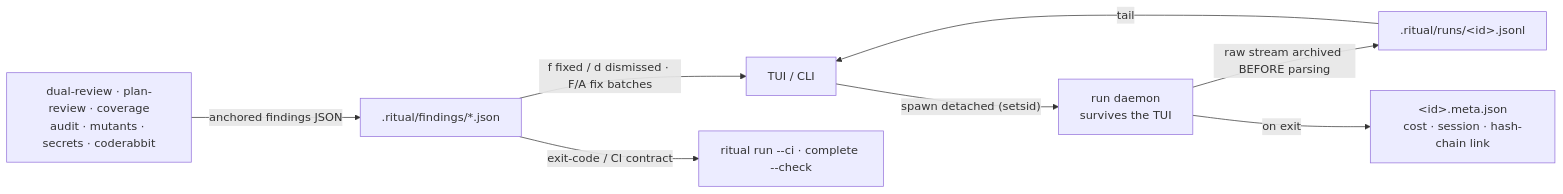
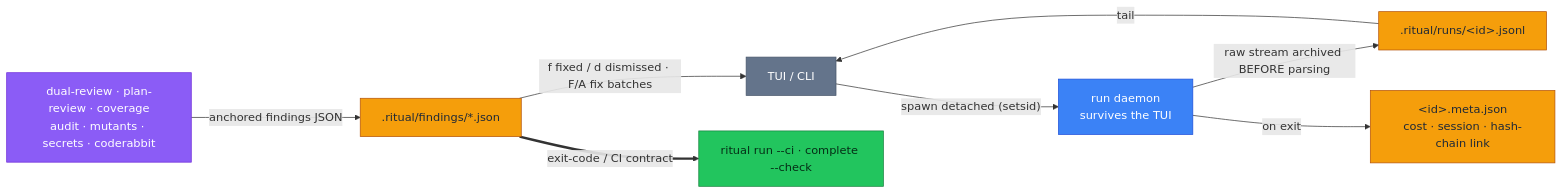
The third of 3 diagrams in README.md (2Tricky4u/Ritual), drawn with Mermaid before and after one commit. The commit also changed other lines of this file, not shown here.

First line of the commit message:
docs(readme): color the mermaid diagrams with a consistent semantic palette

````diff
--- a/README.md
+++ b/README.md
@@ -188,10 +217,22 @@
 ```mermaid
 flowchart LR
     ui["TUI / CLI"] -->|"spawn detached (setsid)"| daemon["run daemon<br/>survives the TUI"]
     daemon -->|"raw stream archived BEFORE parsing"| runs[".ritual/runs/&lt;id&gt;.jsonl"]
     daemon -->|on exit| meta["&lt;id&gt;.meta.json<br/>cost · session · hash-chain link"]
     runs -->|tail| ui
     gates["dual-review · plan-review · coverage<br/>audit · mutants · secrets · coderabbit"] -->|"anchored findings JSON"| findings[".ritual/findings/*.json"]
     findings -->|"f fixed / d dismissed · F/A fix batches"| ui
-    findings -->|"exit-code / CI contract"| ci["ritual run --ci · complete --check"]
+    findings ==>|"exit-code / CI contract"| ci["ritual run --ci · complete --check"]
+
+    %% slate = your terminal · blue = ritual machinery · amber = artifacts · purple = gates · green = CI verdict
+    classDef term fill:#64748b,stroke:#475569,color:#ffffff
+    classDef machine fill:#3b82f6,stroke:#1d4ed8,color:#ffffff
+    classDef artifact fill:#f59e0b,stroke:#b45309,color:#1f2937
+    classDef gatec fill:#8b5cf6,stroke:#6d28d9,color:#ffffff
+    classDef verdict fill:#22c55e,stroke:#15803d,color:#052e16
+    class ui term
+    class daemon machine
+    class runs,meta,findings artifact
+    class gates gatec
+    class ci verdict
 ```
````
